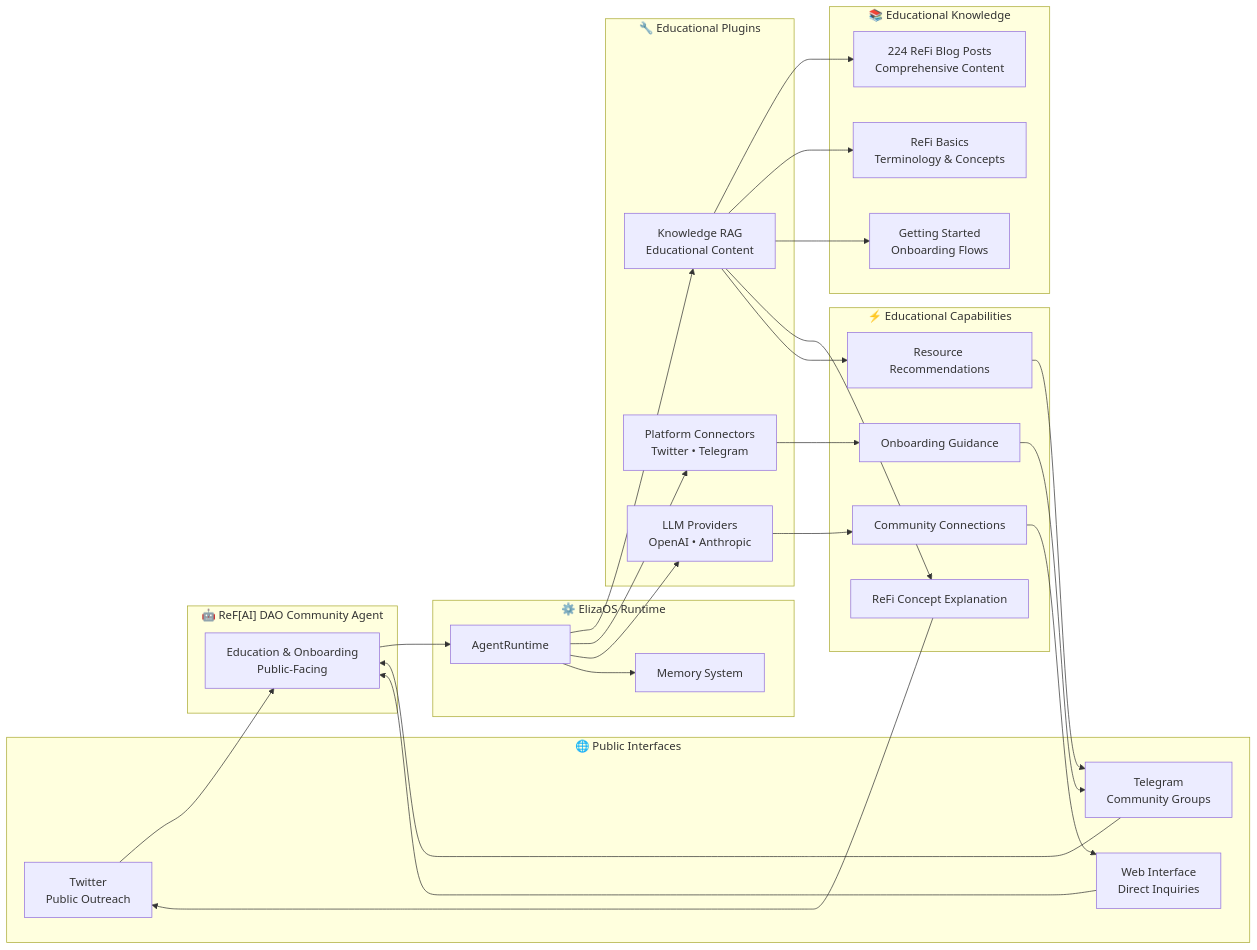
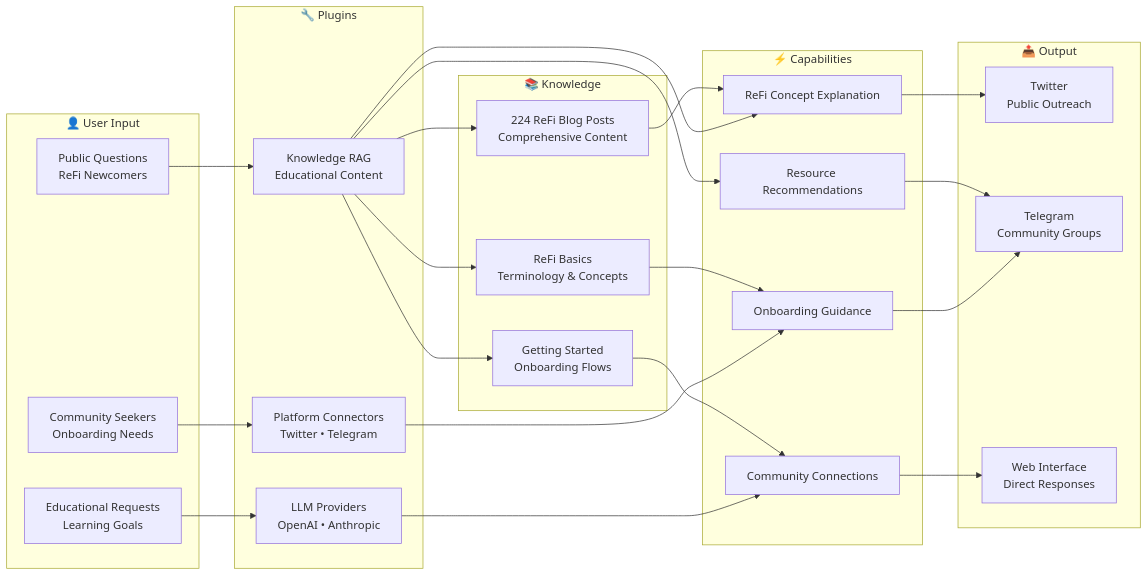
One commit to ReFiDAO/regen_eliza-refi_dao changed the second of 4 diagrams in README.md. Above: the diagram before and after it, drawn with Mermaid. The commit also changed other lines of this file, not shown here.

First line of the commit message:
feat: Streamline architecture diagrams in README.md

````diff
--- a/README.md
+++ b/README.md
@@ -116,67 +85,61 @@
 ```mermaid
 graph LR
-    %% External Interfaces - Public Focus
-    subgraph "🌐 Public Interfaces"
-        PUB1["Twitter<br/>Public Outreach"]
-        PUB2["Telegram<br/>Community Groups"]
-        PUB3["Web Interface<br/>Direct Inquiries"]
+    %% User Input
+    subgraph "👤 User Input"
+        USR1["Public Questions<br/>ReFi Newcomers"]
+        USR2["Community Seekers<br/>Onboarding Needs"]
+        USR3["Educational Requests<br/>Learning Goals"]
     end
     
-    %% ReF[AI] DAO Community Agent
-    subgraph "🤖 ReF[AI] DAO Community Agent"
-        CA["Education & Onboarding<br/>Public-Facing"]
-    end
-    
-    %% ElizaOS Runtime
-    subgraph "⚙️ ElizaOS Runtime"
-        RT1["AgentRuntime"]
-        MEM1["Memory System"]
-    end
-    
-    %% Educational Plugins
-    subgraph "🔧 Educational Plugins"
+    %% Plugins
+    subgraph "🔧 Plugins"
         PLG1["Knowledge RAG<br/>Educational Content"]
         PLG2["Platform Connectors<br/>Twitter • Telegram"]
         PLG3["LLM Providers<br/>OpenAI • Anthropic"]
     end
     
-    %% Educational Capabilities
-    subgraph "⚡ Educational Capabilities"
+    %% Capabilities
+    subgraph "⚡ Capabilities"
         CAP1["ReFi Concept Explanation"]
         CAP2["Onboarding Guidance"]
         CAP3["Community Connections"]
         CAP4["Resource Recommendations"]
     end
     
-    %% Educational Knowledge
-    subgraph "📚 Educational Knowledge"
+    %% Knowledge
+    subgraph "📚 Knowledge"
         KB1["224 ReFi Blog Posts<br/>Comprehensive Content"]
         KB2["ReFi Basics<br/>Terminology & Concepts"]
         KB3["Getting Started<br/>Onboarding Flows"]
     end
     
+    %% Output
+    subgraph "📤 Output"
+        OUT1["Twitter<br/>Public Outreach"]
+        OUT2["Telegram<br/>Community Groups"]
+        OUT3["Web Interface<br/>Direct Responses"]
+    end
+    
     %% Data Flow
-    PUB1 --> CA
-    PUB2 --> CA
-    PUB3 --> CA
-    
-    CA --> RT1
-    RT1 --> PLG1
-    RT1 --> PLG2
-    RT1 --> PLG3
-    RT1 --> MEM1
+    USR1 --> PLG1
+    USR2 --> PLG2
+    USR3 --> PLG3
     
     PLG1 --> KB1
     PLG1 --> KB2
     PLG1 --> KB3
     
     PLG1 --> CAP1
     PLG2 --> CAP2
     PLG3 --> CAP3
     PLG1 --> CAP4
     
-    CAP1 --> PUB1
-    CAP2 --> PUB2
-    CAP3 --> PUB3
-    CAP4 --> PUB2
+    KB1 --> CAP1
+    KB2 --> CAP2
+    KB3 --> CAP3
+    
+    CAP1 --> OUT1
+    CAP2 --> OUT2
+    CAP3 --> OUT3
+    CAP4 --> OUT2
 ```
````
